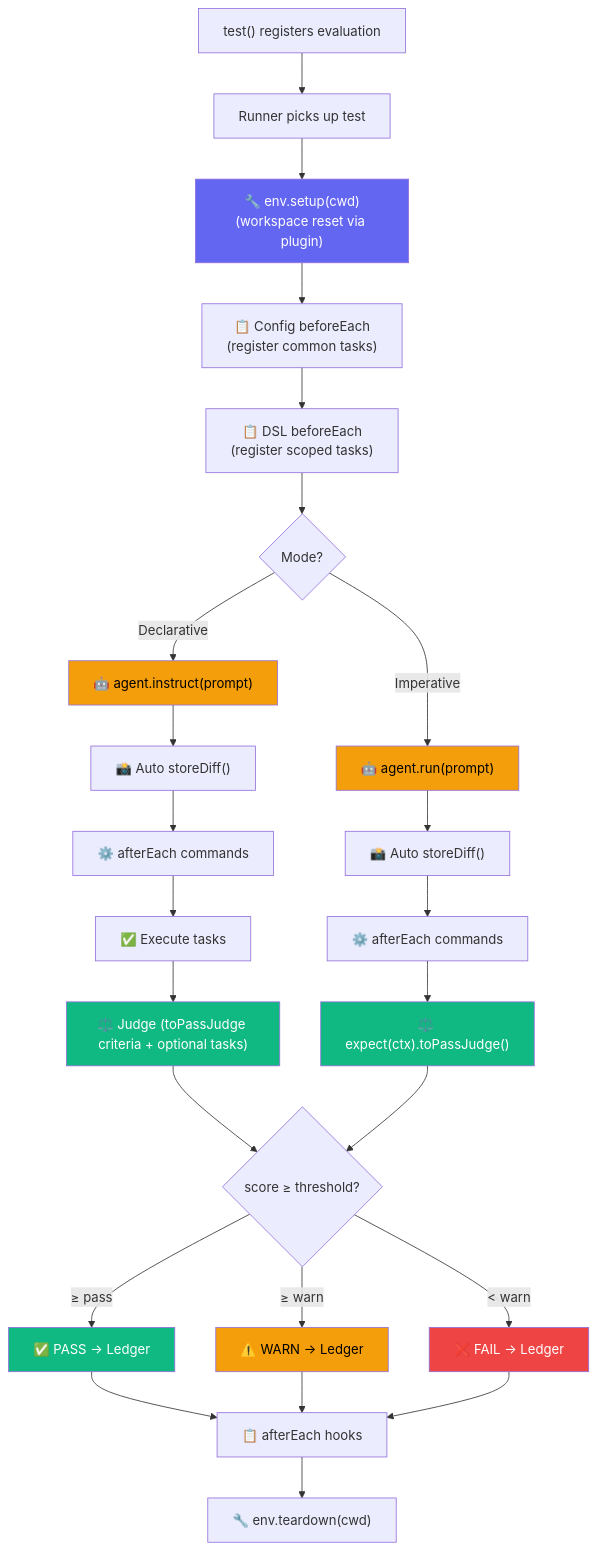
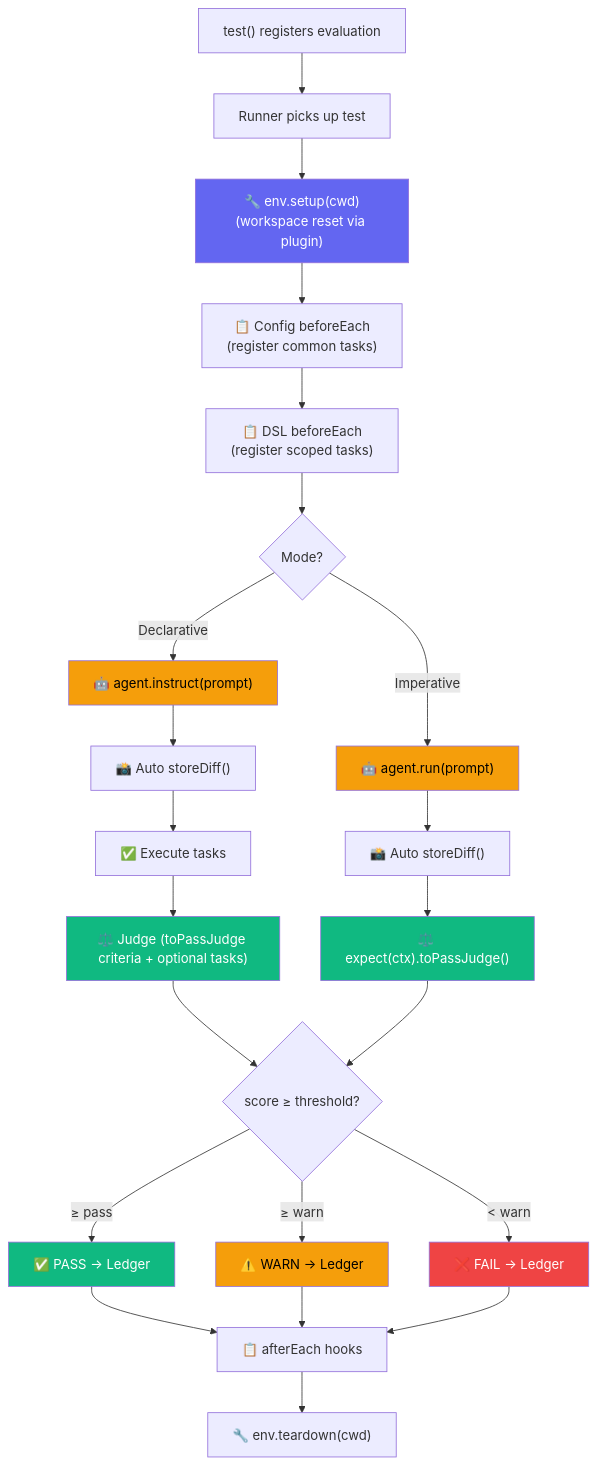
Before and after one commit to Tlahey/agent-eval: the first of 4 diagrams in apps/docs/guide/writing-tests.md, drawn with Mermaid. The commit also changed other lines of this file and 23 other files, not shown here.

First line of the commit message:
refactor: remove deprecated config afterEach commands

````diff
--- a/apps/docs/guide/writing-tests.md
+++ b/apps/docs/guide/writing-tests.md
@@ -7,35 +7,33 @@
 ```mermaid
 flowchart TD
     A["test() registers evaluation"] --> B["Runner picks up test"]
     B --> B2["🔧 env.setup(cwd)<br/>(workspace reset via plugin)"]
     B2 --> B3["📋 Config beforeEach<br/>(register common tasks)"]
     B3 --> B4["📋 DSL beforeEach<br/>(register scoped tasks)"]
     B4 --> C{"Mode?"}
     C -- Declarative --> D1["🤖 agent.instruct(prompt)"]
     D1 --> D2["📸 Auto storeDiff()"]
-    D2 --> D3["⚙️ afterEach commands"]
-    D3 --> D4["✅ Execute tasks"]
+    D2 --> D4["✅ Execute tasks"]
     D4 --> D5["⚖️ Judge (toPassJudge criteria + optional tasks)"]
     C -- Imperative --> E1["🤖 agent.run(prompt)"]
     E1 --> E2["📸 Auto storeDiff()"]
-    E2 --> E3["⚙️ afterEach commands"]
-    E3 --> E4["⚖️ expect(ctx).toPassJudge()"]
+    E2 --> E4["⚖️ expect(ctx).toPassJudge()"]
     D5 --> F{"score ≥ threshold?"}
     E4 --> F
     F -- "≥ pass" --> G["✅ PASS → Ledger"]
     F -- "≥ warn" --> G2["⚠️ WARN → Ledger"]
     F -- "< warn" --> H["❌ FAIL → Ledger"]
     G --> I["📋 afterEach hooks"]
     G2 --> I
     H --> I
     I --> J["🔧 env.teardown(cwd)"]
 
     style B2 fill:#6366f1,color:#fff
     style D1 fill:#f59e0b,color:#000
     style E1 fill:#f59e0b,color:#000
     style D5 fill:#10b981,color:#fff
     style E4 fill:#10b981,color:#fff
     style G fill:#10b981,color:#fff
     style G2 fill:#f59e0b,color:#000
     style H fill:#ef4444,color:#fff
 ```
````
